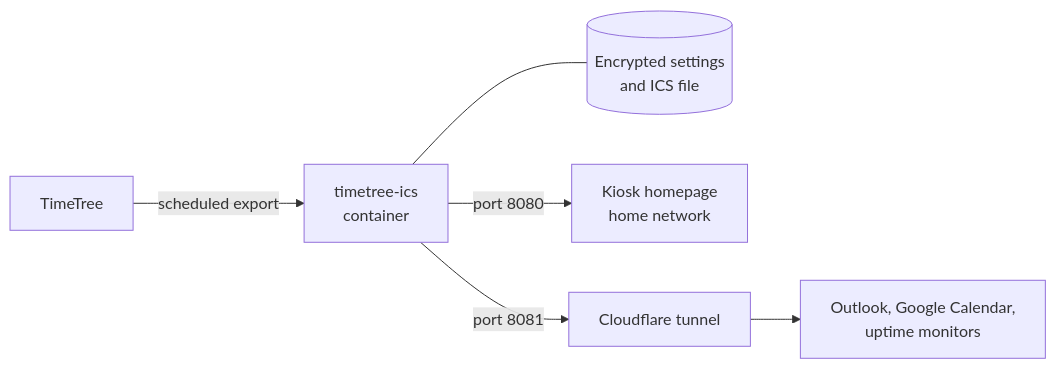
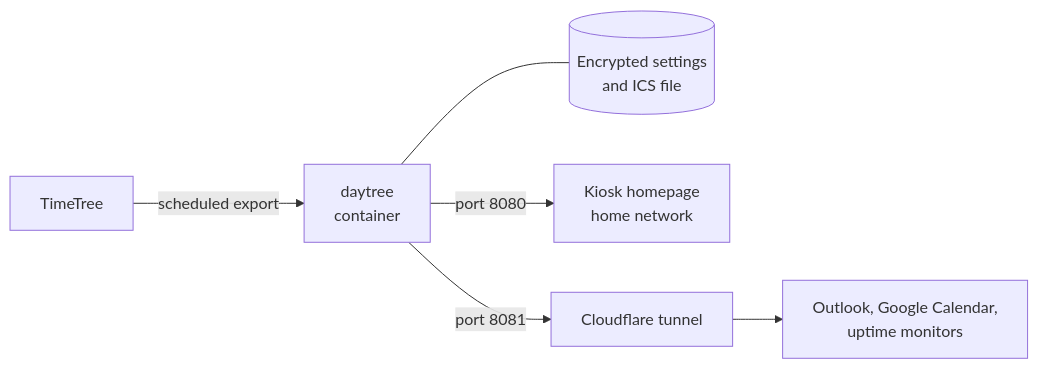
One commit to storkakos/daytree changed the diagram in README.md. Above: the diagram before and after it, drawn with Mermaid. The commit also changed other lines of this file and 6 other files, not shown here.

````diff
--- a/README.md
+++ b/README.md
@@ -48,8 +48,8 @@
 ```mermaid
 flowchart LR
-    TT[TimeTree] -->|scheduled export| APP[timetree-ics<br>container]
+    TT[TimeTree] -->|scheduled export| APP[daytree<br>container]
     APP --- DATA[(Encrypted settings<br>and ICS file)]
     APP -->|port 8080| LAN[Kiosk homepage<br>home network]
     APP -->|port 8081| CF[Cloudflare tunnel]
     CF --> CAL[Outlook, Google Calendar,<br>uptime monitors]
 ```
````
